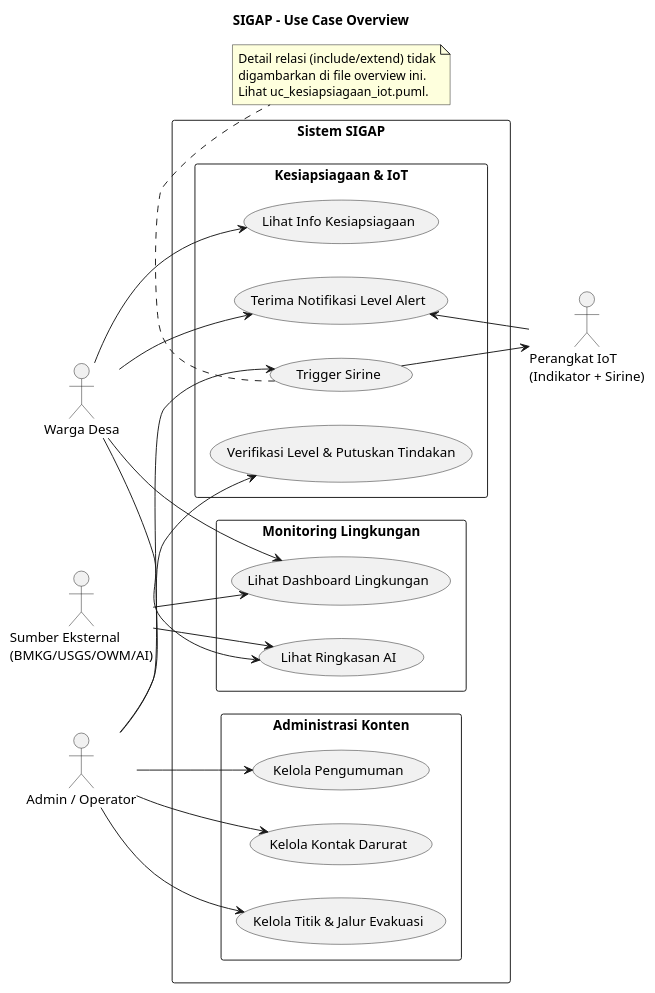
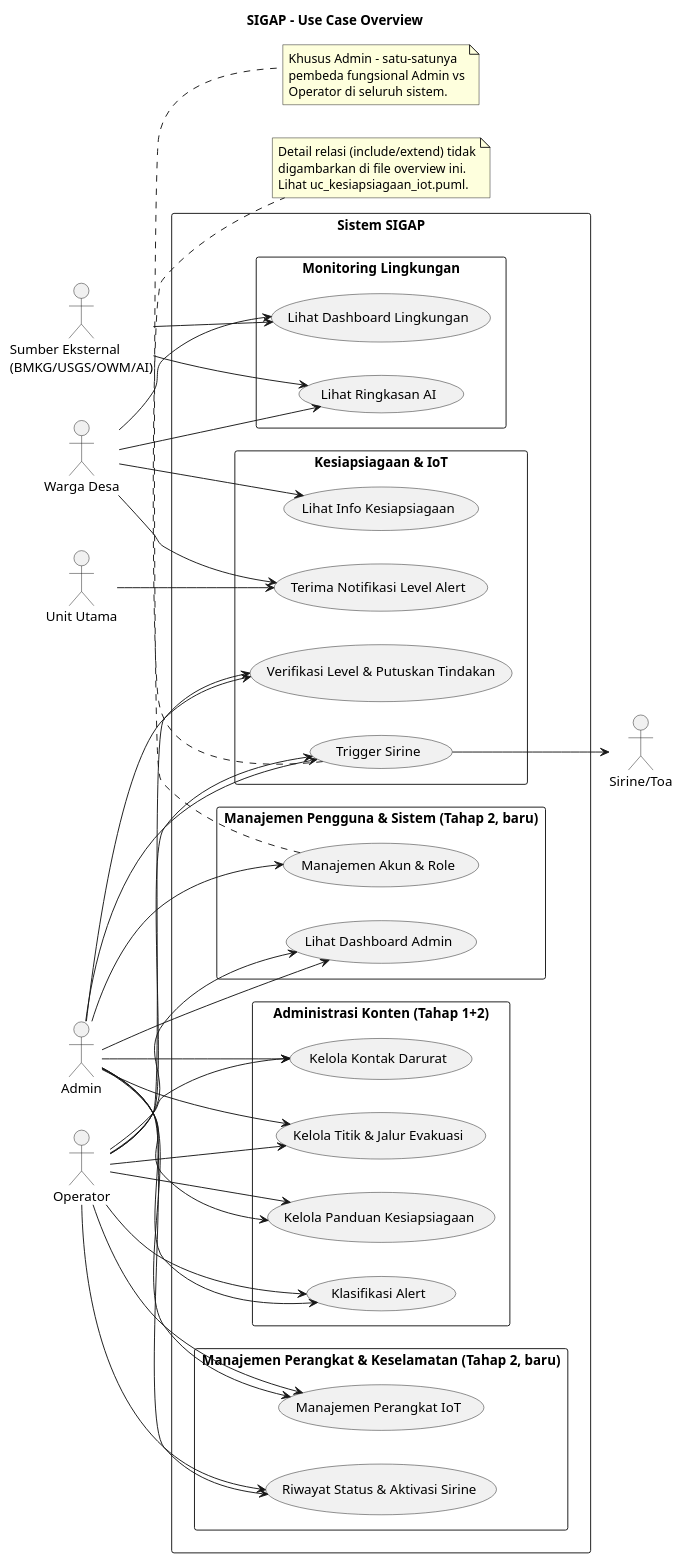
The diagram in docs/business/usecase/uc_overview.puml (Vextronode/sigap_app), drawn with PlantUML before and after one commit. The commit also changed 34 other files, not shown here.

```diff
--- a/docs/business/usecase/uc_overview.puml
+++ b/docs/business/usecase/uc_overview.puml
@@ -1,53 +1,87 @@
 @startuml uc_overview
 left to right direction
 skinparam packageStyle rectangle
 title SIGAP - Use Case Overview
 
 actor "Warga Desa" as Warga
-actor "Admin / Operator" as Admin
+actor "Admin" as Admin
+actor "Operator" as Operator
 actor "Sumber Eksternal\n(BMKG/USGS/OWM/AI)" as Ext
-actor "Perangkat IoT\n(Indikator + Sirine)" as IoT
+actor "Unit Utama" as UU
+actor "Sirine/Toa" as Si
 
 rectangle "Sistem SIGAP" {
   package "Monitoring Lingkungan" {
     usecase "Lihat Dashboard Lingkungan" as UC1
     usecase "Lihat Ringkasan AI" as UC2
   }
 
   package "Kesiapsiagaan & IoT" {
     usecase "Lihat Info Kesiapsiagaan" as UC3
     usecase "Terima Notifikasi Level Alert" as UC4
     usecase "Verifikasi Level & Putuskan Tindakan" as UC8
     usecase "Trigger Sirine" as UC9
   }
 
-  package "Administrasi Konten" {
-    usecase "Kelola Pengumuman" as UC5
+  package "Administrasi Konten (Tahap 1+2)" {
     usecase "Kelola Kontak Darurat" as UC6
     usecase "Kelola Titik & Jalur Evakuasi" as UC7
+    usecase "Kelola Panduan Kesiapsiagaan" as UC7b
+    usecase "Klasifikasi Alert" as UC8b
+  }
+
+  package "Manajemen Perangkat & Keselamatan (Tahap 2, baru)" {
+    usecase "Manajemen Perangkat IoT" as UC12
+    usecase "Riwayat Status & Aktivasi Sirine" as UC13
+  }
+
+  package "Manajemen Pengguna & Sistem (Tahap 2, baru)" {
+    usecase "Manajemen Akun & Role" as UC15
+    usecase "Lihat Dashboard Admin" as UC16
   }
 }
 
 Warga --> UC1
 Warga --> UC2
 Warga --> UC3
 Warga --> UC4
 
-Admin --> UC5
 Admin --> UC6
 Admin --> UC7
+Admin --> UC7b
+Admin --> UC8b
 Admin --> UC8
 Admin --> UC9
+Admin --> UC12
+Admin --> UC13
+Admin --> UC15
+Admin --> UC16
+
+Operator --> UC6
+Operator --> UC7
+Operator --> UC7b
+Operator --> UC8b
+Operator --> UC8
+Operator --> UC9
+Operator --> UC12
+Operator --> UC13
+Operator --> UC16
 
 Ext --> UC1
 Ext --> UC2
-IoT --> UC4
-UC9 --> IoT
+UU --> UC4
+UC9 --> Si
 
 note bottom of UC9
   Detail relasi (include/extend) tidak
   digambarkan di file overview ini.
   Lihat uc_kesiapsiagaan_iot.puml.
 end note
 
+note bottom of UC15
+  Khusus Admin - satu-satunya
+  pembeda fungsional Admin vs
+  Operator di seluruh sistem.
+end note
+
 @enduml
```
